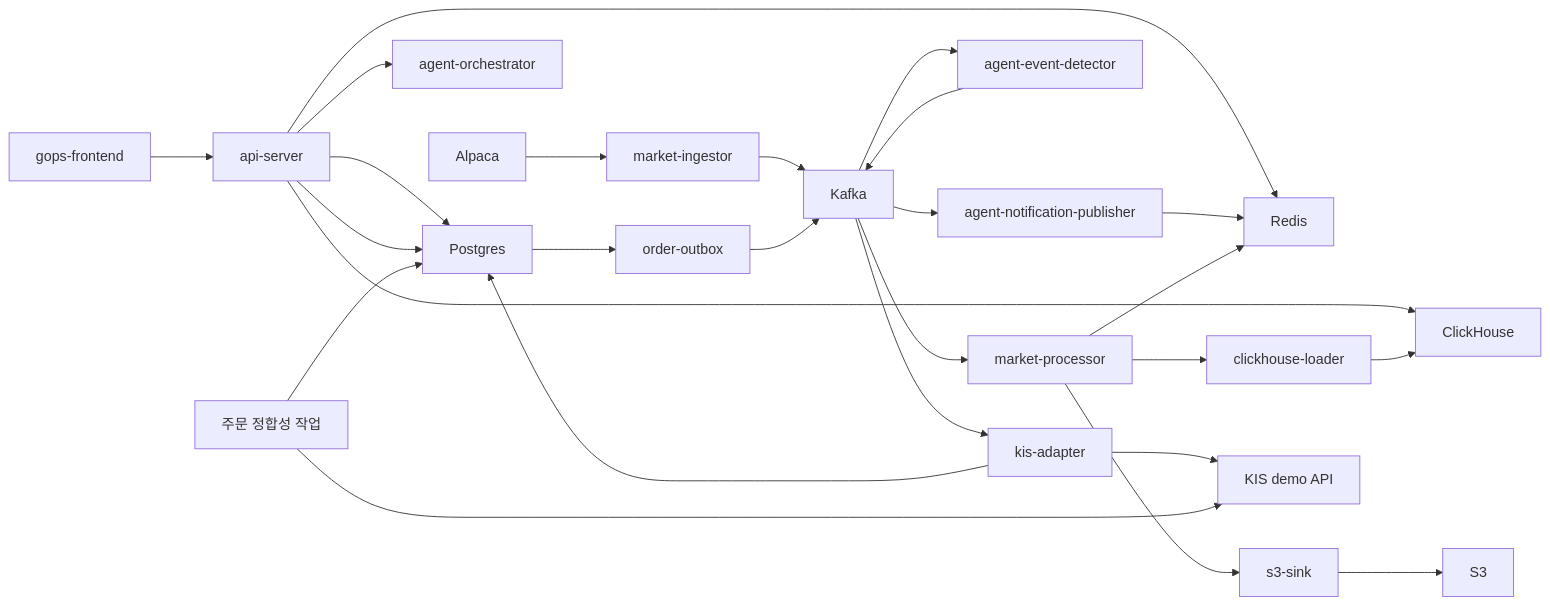
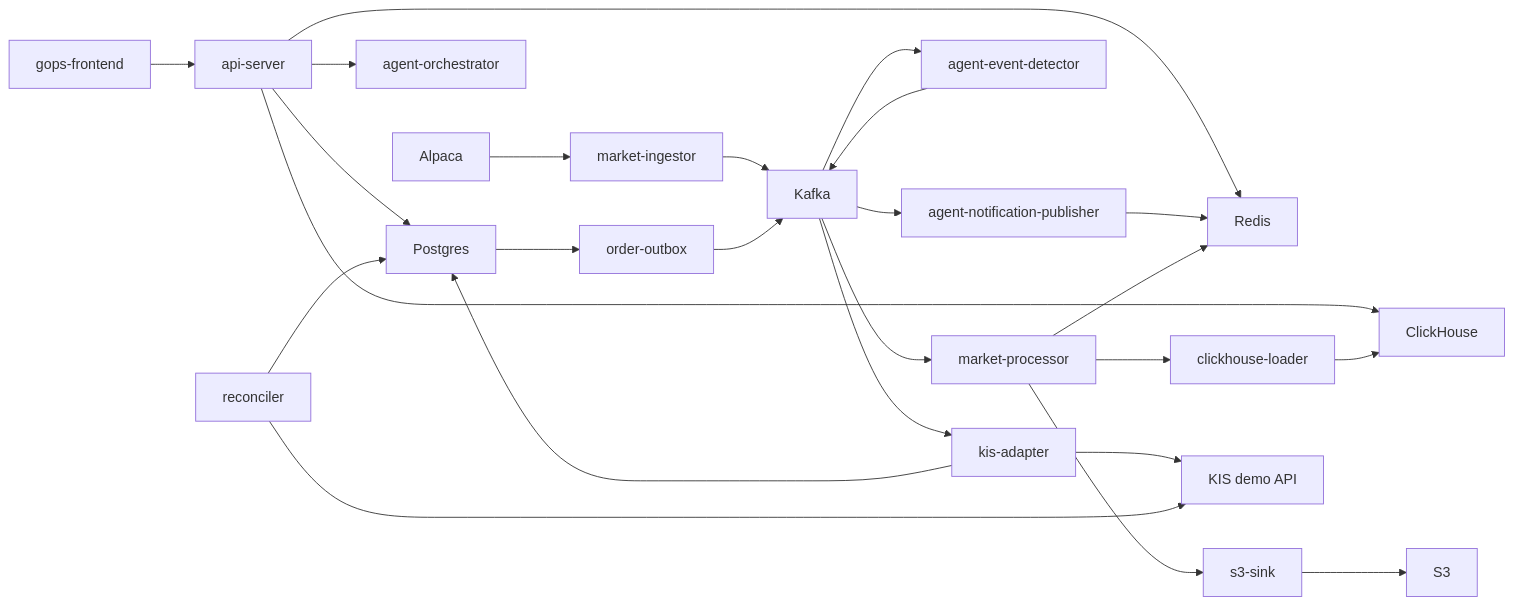
The diagram in README.md (seunglee10/GOPS-BE), drawn with Mermaid before and after one commit. The commit also changed other lines of this file, not shown here.

Commit message:
docs: README를 프로젝트 개요·트러블슈팅·데이터 플로우 중심의 포트폴리오 형식으로 재작성

````diff
--- a/README.md
+++ b/README.md
@@ -61,27 +104,26 @@
 ```mermaid
 flowchart LR
   FE["gops-frontend"] --> API["api-server"]
   API --> Redis["Redis"]
   API --> CH["ClickHouse"]
   API --> PG["Postgres"]
   API --> AgentOrch["agent-orchestrator"]
 
   Alpaca["Alpaca"] --> Ingestor["market-ingestor"]
   Ingestor --> Kafka["Kafka"]
   Kafka --> Processor["market-processor"]
   Kafka --> EventDetector["agent-event-detector"]
   EventDetector --> Kafka
   Kafka --> AlertPublisher["agent-notification-publisher"] --> Redis
   Processor --> Redis
   Processor --> S3Sink["s3-sink"] --> S3["S3"]
   Processor --> CHLoader["clickhouse-loader"] --> CH
 
-  API --> PG
   PG --> Outbox["order-outbox"]
   Outbox --> Kafka
   Kafka --> KISAdapter["kis-adapter"]
   KISAdapter --> KIS["KIS demo API"]
   KISAdapter --> PG
-  Reconciler["주문 정합성 작업"] --> PG
+  Reconciler["reconciler"] --> PG
   Reconciler --> KIS
 ```
````
